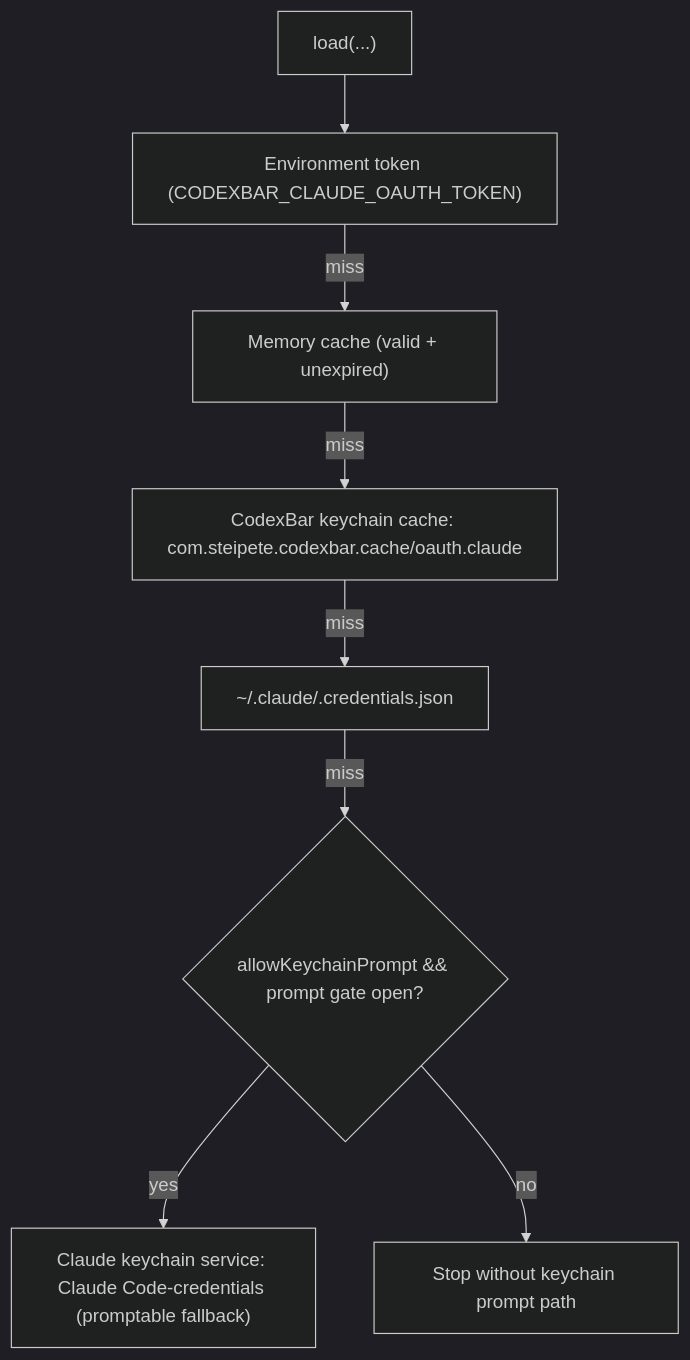
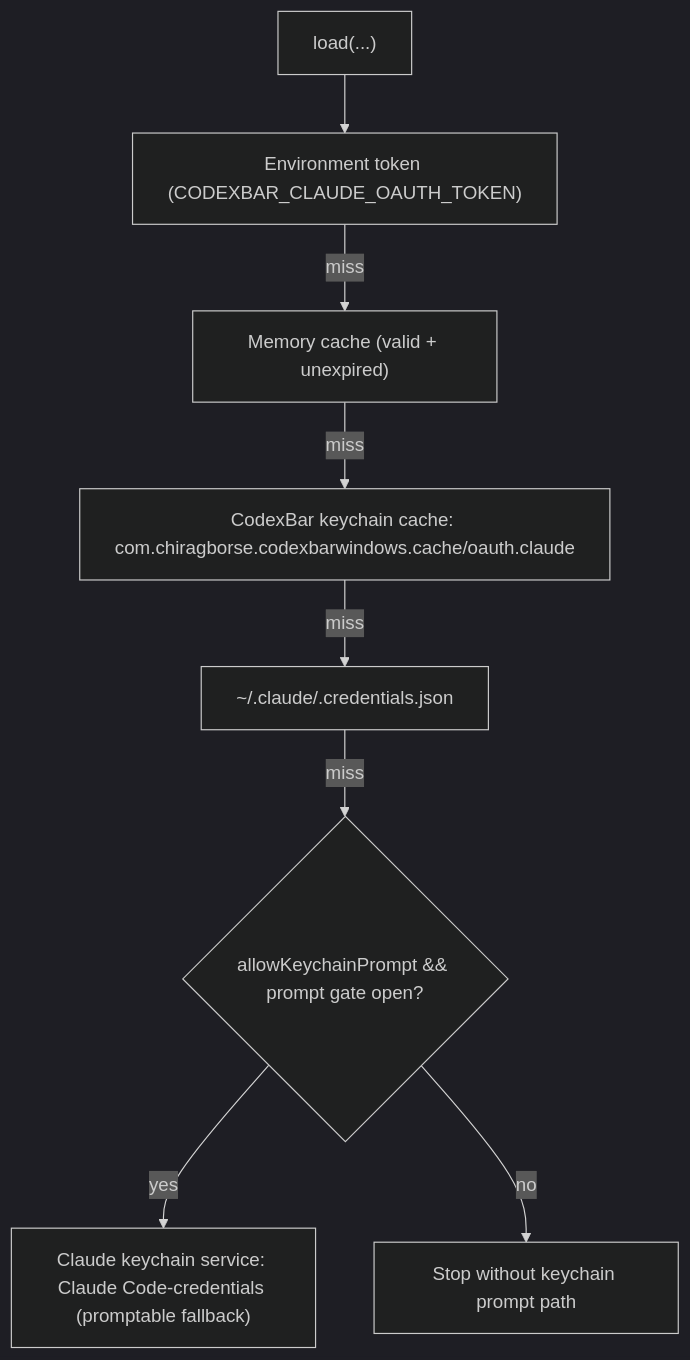
The third of 10 diagrams in docs/claude-comparison-since-0.18.0beta2.md (chiragborse1/CodexBar-Windows), drawn with Mermaid (dark theme) before and after one commit. The commit also changed 699 other files, not shown here.

````diff
--- a/docs/claude-comparison-since-0.18.0beta2.md
+++ b/docs/claude-comparison-since-0.18.0beta2.md
@@ -69,10 +69,10 @@
 ```mermaid
 flowchart TD
     A["load(...)"] --> B["Environment token (CODEXBAR_CLAUDE_OAUTH_TOKEN)"]
     B -->|miss| C["Memory cache (valid + unexpired)"]
-    C -->|miss| D["CodexBar keychain cache: com.steipete.codexbar.cache/oauth.claude"]
+    C -->|miss| D["CodexBar keychain cache: com.chiragborse.codexbarwindows.cache/oauth.claude"]
     D -->|miss| E["~/.claude/.credentials.json"]
     E -->|miss| F{"allowKeychainPrompt && prompt gate open?"}
     F -- "yes" --> G["Claude keychain service: Claude Code-credentials (promptable fallback)"]
     F -- "no" --> H["Stop without keychain prompt path"]
 ```
````
